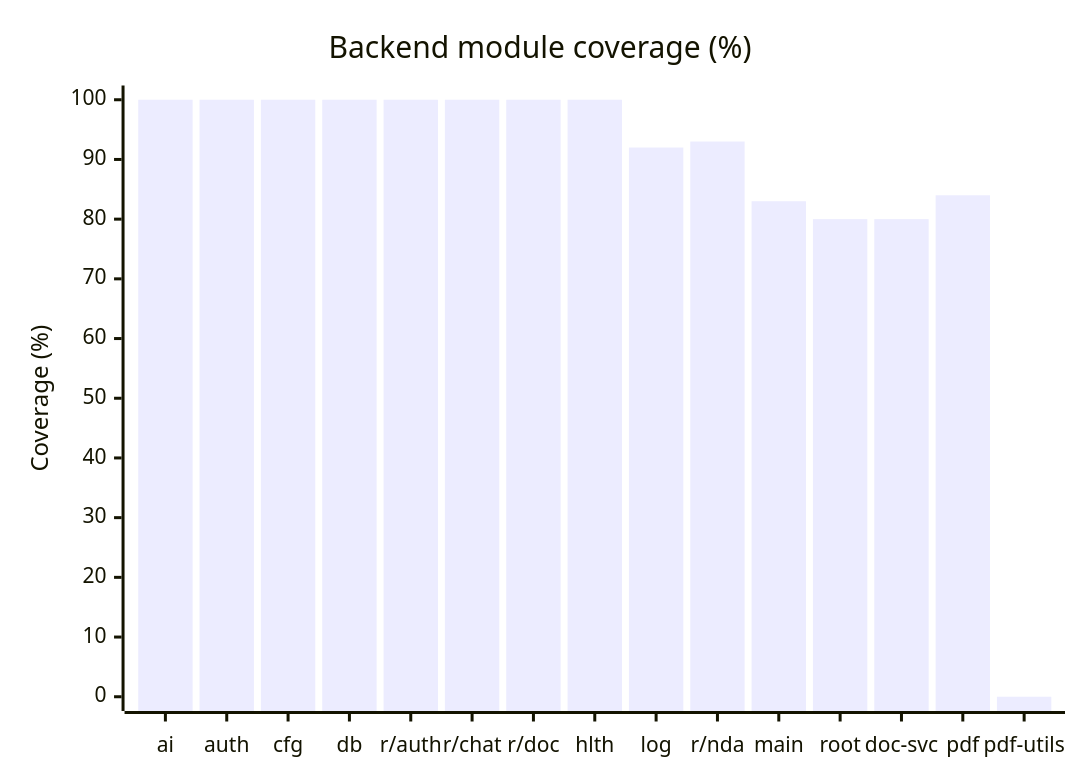
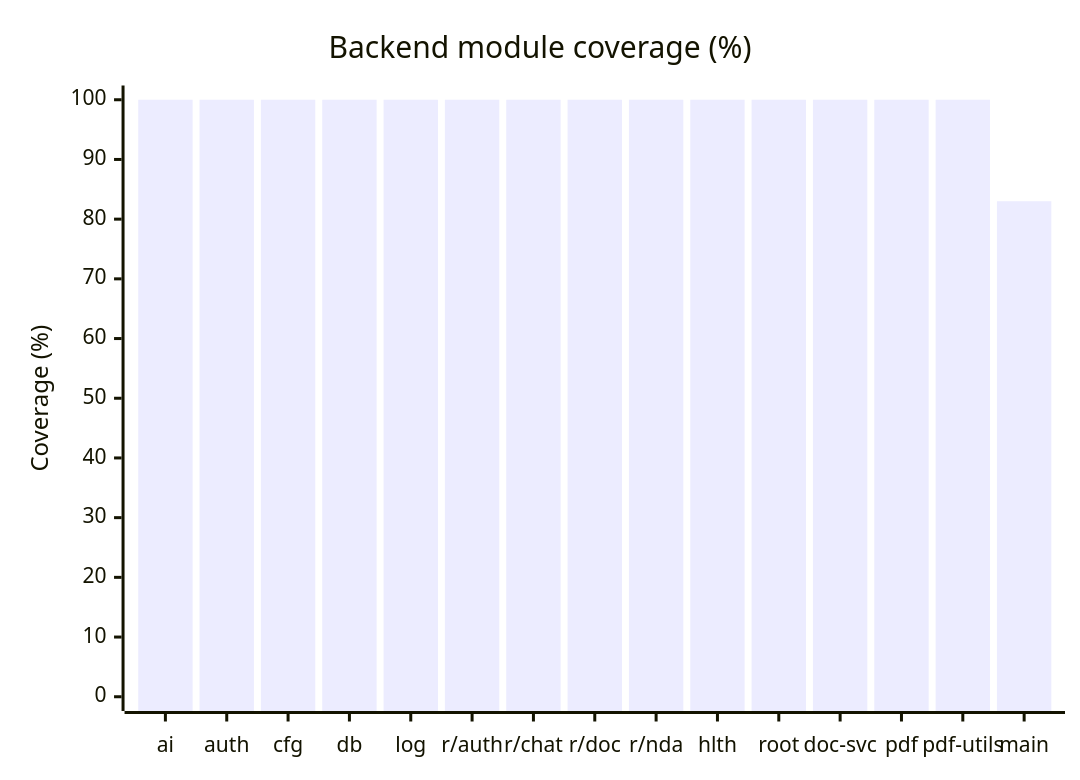
Before and after one commit to shaynemeyer/prelegal: the second of 6 diagrams in docs/test-coverage-report.md, drawn with Mermaid. The commit also changed other lines of this file and 7 other files, not shown here.

````diff
--- a/docs/test-coverage-report.md
+++ b/docs/test-coverage-report.md
@@ -61,7 +63,7 @@
 ```mermaid
 xychart-beta
     title "Backend module coverage (%)"
-    x-axis ["ai", "auth", "cfg", "db", "r/auth", "r/chat", "r/doc", "hlth", "log", "r/nda", "main", "root", "doc-svc", "pdf", "pdf-utils"]
+    x-axis ["ai", "auth", "cfg", "db", "log", "r/auth", "r/chat", "r/doc", "r/nda", "hlth", "root", "doc-svc", "pdf", "pdf-utils", "main"]
     y-axis "Coverage (%)" 0 --> 100
-    bar [100, 100, 100, 100, 100, 100, 100, 100, 92, 93, 83, 80, 80, 84, 0]
+    bar [100, 100, 100, 100, 100, 100, 100, 100, 100, 100, 100, 100, 100, 100, 83]
 ```
````
